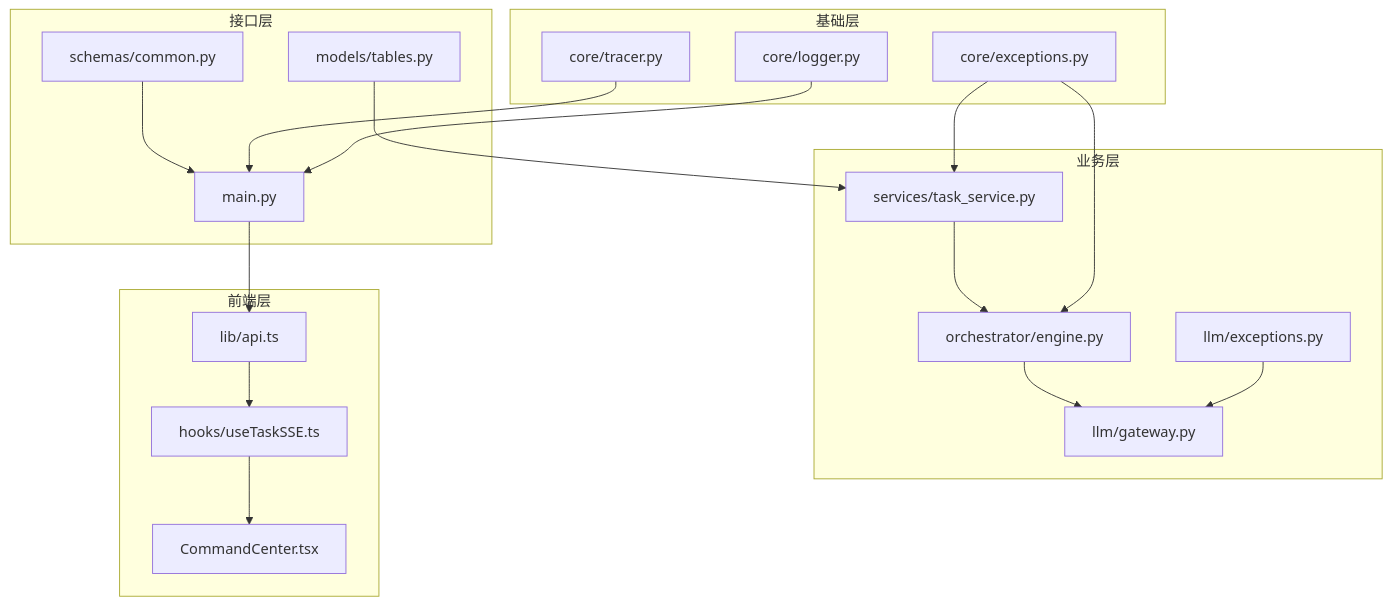
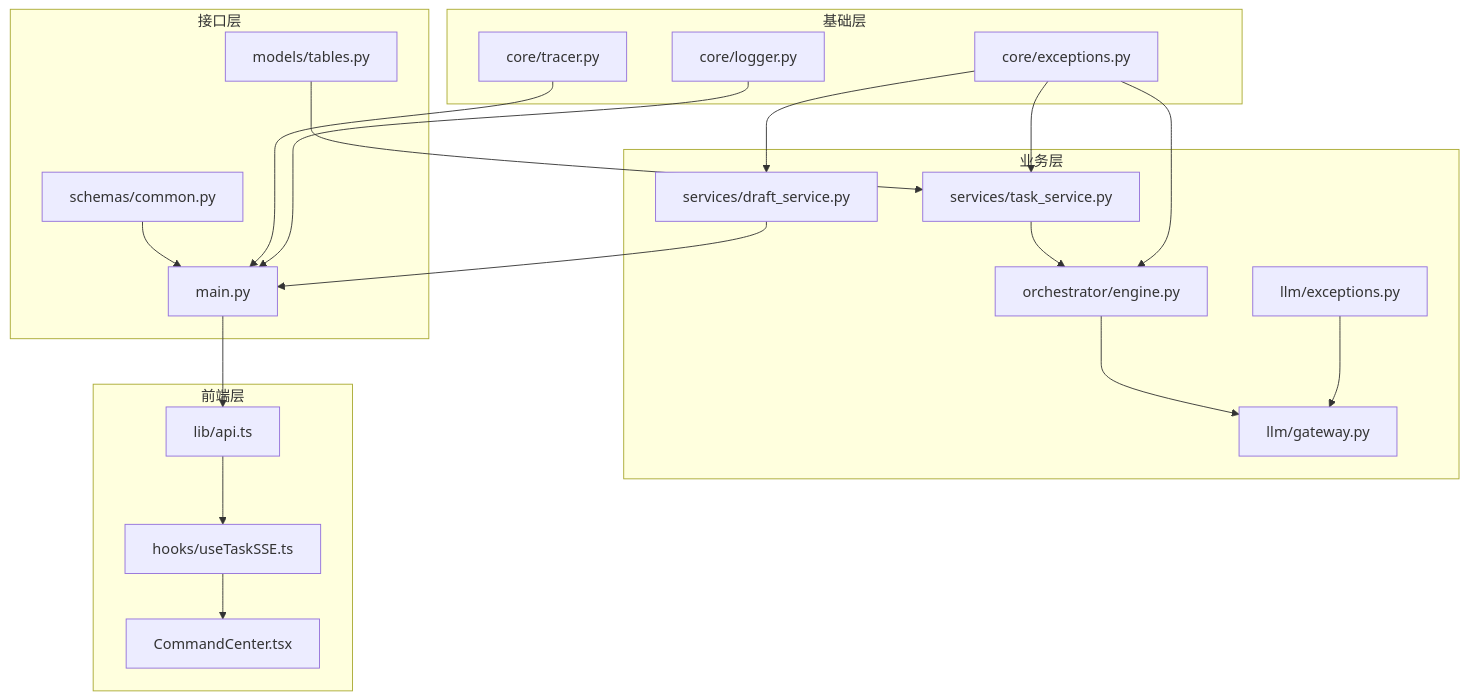
One commit to sansansansansan2022-web/hotclaw changed diagram 11 of 13 in .qoder/repowiki/zh/content/Exception Handling System.md. Above: the diagram before and after it, drawn with Mermaid. The commit also changed other lines of this file and 44 other files, not shown here.

````diff
--- a/.qoder/repowiki/zh/content/Exception Handling System.md
+++ b/.qoder/repowiki/zh/content/Exception Handling System.md
@@ -398,36 +462,39 @@
 ```mermaid
 graph TB
 subgraph "基础层"
 Exceptions[core/exceptions.py]
 Logger[core/logger.py]
 Tracer[core/tracer.py]
 end
 subgraph "业务层"
 TaskService[services/task_service.py]
 Orchestrator[orchestrator/engine.py]
 LLMGateway[llm/gateway.py]
 LLMExceptions[llm/exceptions.py]
+DraftService[services/draft_service.py]
 end
 subgraph "接口层"
 Main[main.py]
 Schemas[schemas/common.py]
 Tables[models/tables.py]
 end
 subgraph "前端层"
 APIClient[lib/api.ts]
 SSEHook[hooks/useTaskSSE.ts]
 UI[CommandCenter.tsx]
 end
 Exceptions --> TaskService
 Exceptions --> Orchestrator
+Exceptions --> DraftService
 LLMExceptions --> LLMGateway
 Logger --> Main
 Tracer --> Main
 TaskService --> Orchestrator
 Orchestrator --> LLMGateway
+DraftService --> Main
 Main --> APIClient
 APIClient --> SSEHook
 SSEHook --> UI
 Schemas --> Main
 Tables --> TaskService
 ```
````
